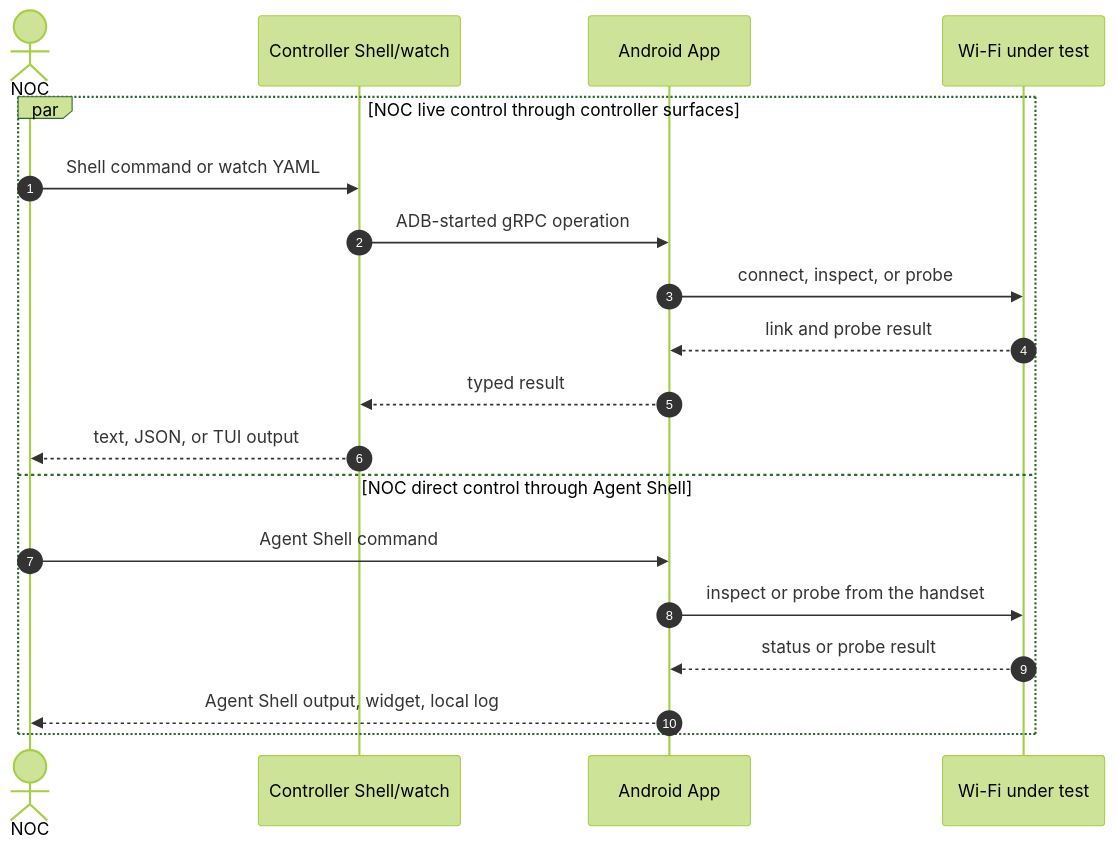
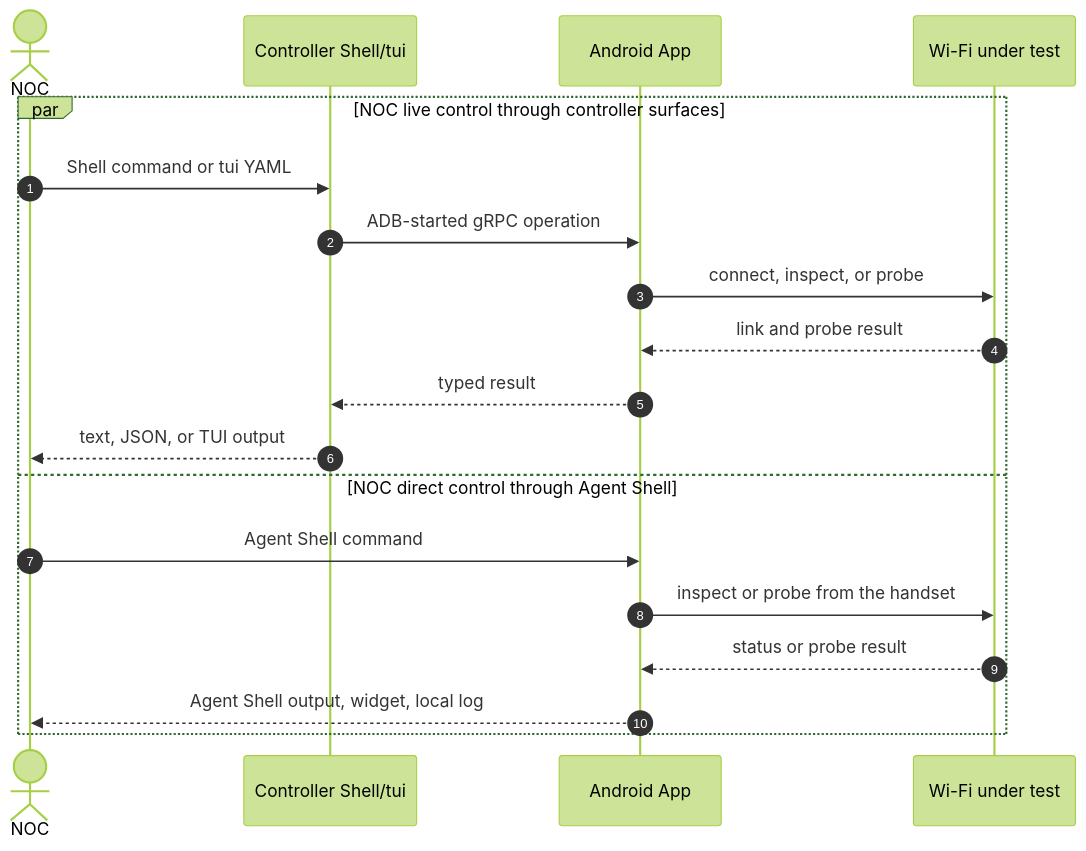
The diagram in README.md (mi2428/dropcheck-agent), drawn with Mermaid (forest theme) before and after one commit. The commit also changed other lines of this file and 180 other files, not shown here.

First line of the commit message:
refactor(tui)!: rename watch command and internal packages

````diff
--- a/README.md
+++ b/README.md
@@ -13,22 +13,22 @@
 ```mermaid
 sequenceDiagram
   autonumber
   actor NOC as NOC
-  participant Controller as Controller Shell/watch
+  participant Controller as Controller Shell/tui
   participant App as Android App
   participant WiFi as Wi-Fi under test
 
   par NOC live control through controller surfaces
-    NOC->>Controller: Shell command or watch YAML
+    NOC->>Controller: Shell command or tui YAML
     Controller->>App: ADB-started gRPC operation
     App->>WiFi: connect, inspect, or probe
     WiFi-->>App: link and probe result
     App-->>Controller: typed result
     Controller-->>NOC: text, JSON, or TUI output
   and NOC direct control through Agent Shell
     NOC->>App: Agent Shell command
     App->>WiFi: inspect or probe from the handset
     WiFi-->>App: status or probe result
     App-->>NOC: Agent Shell output, widget, local log
   end
 ```
````
